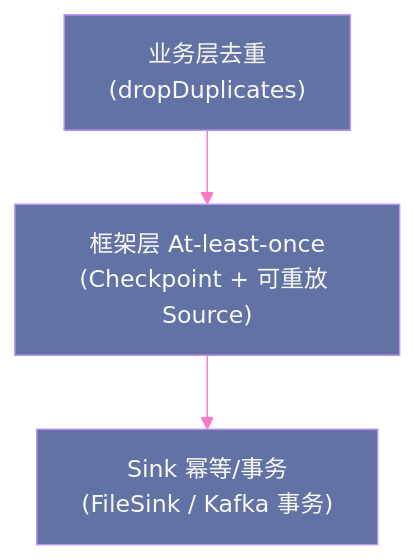
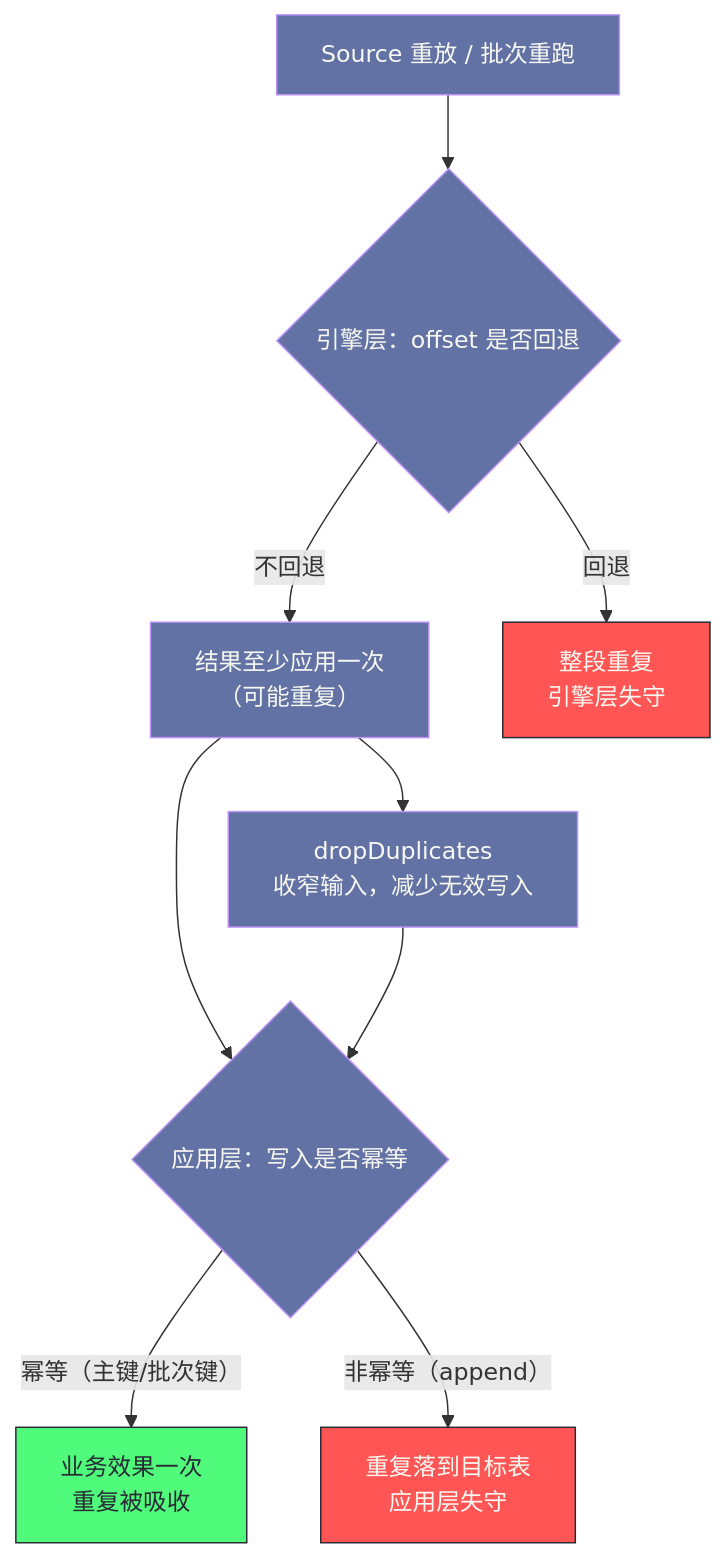
The fourth of 5 diagrams in content/大数据/Spark/Spark-Structured-Streaming流处理深度解析/09 dropDuplicates 与精确去重：Exactly-once 的应用层保障.md (hpliStartAgain/my-brain), drawn with Mermaid before and after one commit. The commit also changed other lines of this file and 259 other files, not shown here.

````diff
--- a/content/大数据/Spark/Spark-Structured-Streaming流处理深度解析/09 dropDuplicates 与精确去重：Exactly-once 的应用层保障.md
+++ b/content/大数据/Spark/Spark-Structured-Streaming流处理深度解析/09 dropDuplicates 与精确去重：Exactly-once 的应用层保障.md
@@ -143,12 +445,18 @@
 ```mermaid
-%%{init: {"theme": "dracula", "themeVariables": {"primaryColor": "#6272a4", "primaryTextColor": "#f8f8f2", "primaryBorderColor": "#bd93f9", "lineColor": "#ff79c6"}}}%%
-graph TD
-    A["业务层去重</br>(dropDuplicates)"]
-    B["框架层 At-least-once</br>(Checkpoint + 可重放 Source)"]
-    C["Sink 幂等/事务</br>(FileSink / Kafka 事务)"]
-
-    A --> B --> C
-
-    classDef layer fill:#6272a4,stroke:#bd93f9,color:#f8f8f2
-    class A,B,C layer
+%%{init: {'theme': 'dracula'}}%%
+flowchart TD
+    A["Source 重放 / 批次重跑"] --> B{"引擎层：offset 是否回退"}
+    B -- "不回退" --> C["结果至少应用一次<br/>（可能重复）"]
+    B -- "回退" --> X["整段重复<br/>引擎层失守"]
+    C --> D{"应用层：写入是否幂等"}
+    D -- "幂等（主键/批次键）" --> E["业务效果一次<br/>重复被吸收"]
+    D -- "非幂等（append）" --> F["重复落到目标表<br/>应用层失守"]
+    C --> G["dropDuplicates<br/>收窄输入，减少无效写入"]
+    G --> D
+    classDef ok fill:#50fa7b,stroke:#282a36,color:#282a36
+    classDef bad fill:#ff5555,stroke:#282a36,color:#f8f8f2
+    classDef mid fill:#6272a4,stroke:#bd93f9,color:#f8f8f2
+    class E ok
+    class X,F bad
+    class A,B,C,D,G mid
 ```
````
